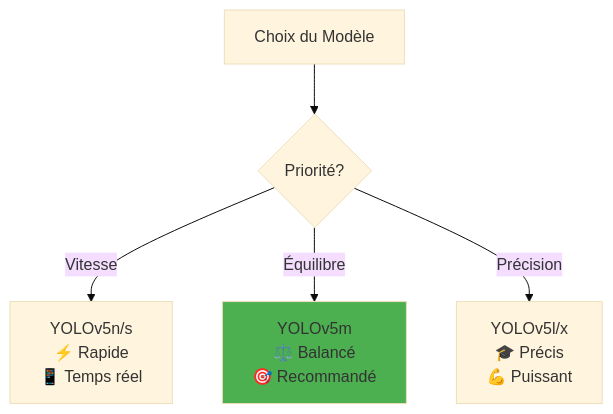
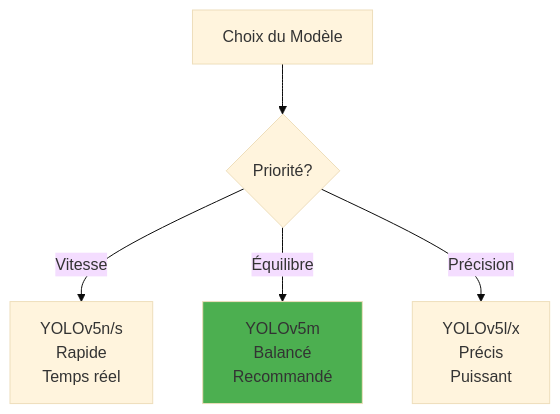
Before and after one commit to Volbis/ai_project: the fourth of 5 diagrams in README.md, drawn with Mermaid (base theme). The commit also changed other lines of this file, not shown here.

````diff
--- a/README.md
+++ b/README.md
@@ -209,9 +208,9 @@
 ```mermaid
 graph TD
     A[Choix du Modèle] --> B{Priorité?}
-    B -->|Vitesse| C[YOLOv5n/s<br/>⚡ Rapide<br/>📱 Temps réel]
-    B -->|Équilibre| D[YOLOv5m<br/>⚖️ Balancé<br/>🎯 Recommandé]
-    B -->|Précision| E[YOLOv5l/x<br/>🎓 Précis<br/>💪 Puissant]
+    B -->|Vitesse| C[YOLOv5n/s<br/>Rapide<br/>Temps réel]
+    B -->|Équilibre| D[YOLOv5m<br/>Balancé<br/>Recommandé]
+    B -->|Précision| E[YOLOv5l/x<br/>Précis<br/>Puissant]
     
     style D fill:#4CAF50
 ```
````
